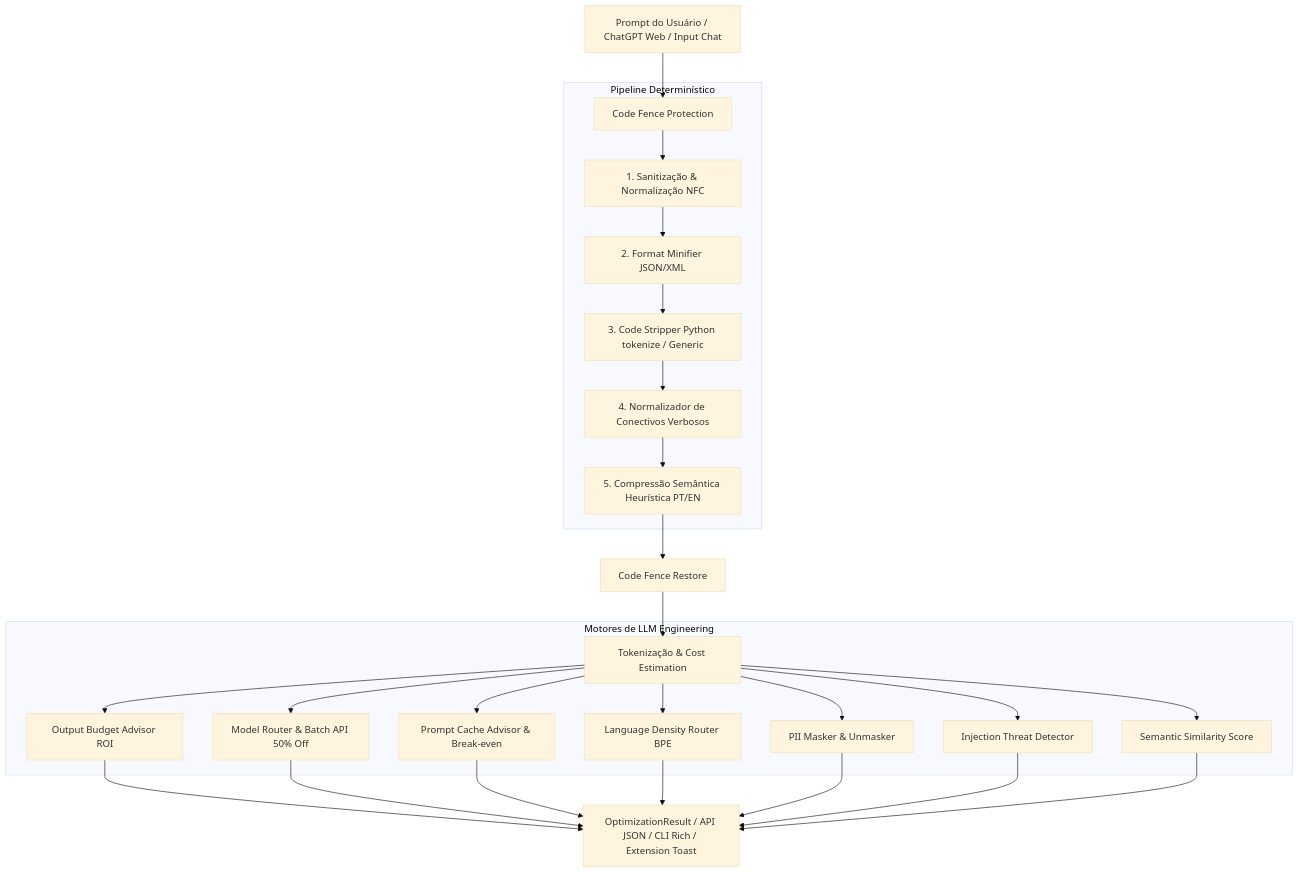
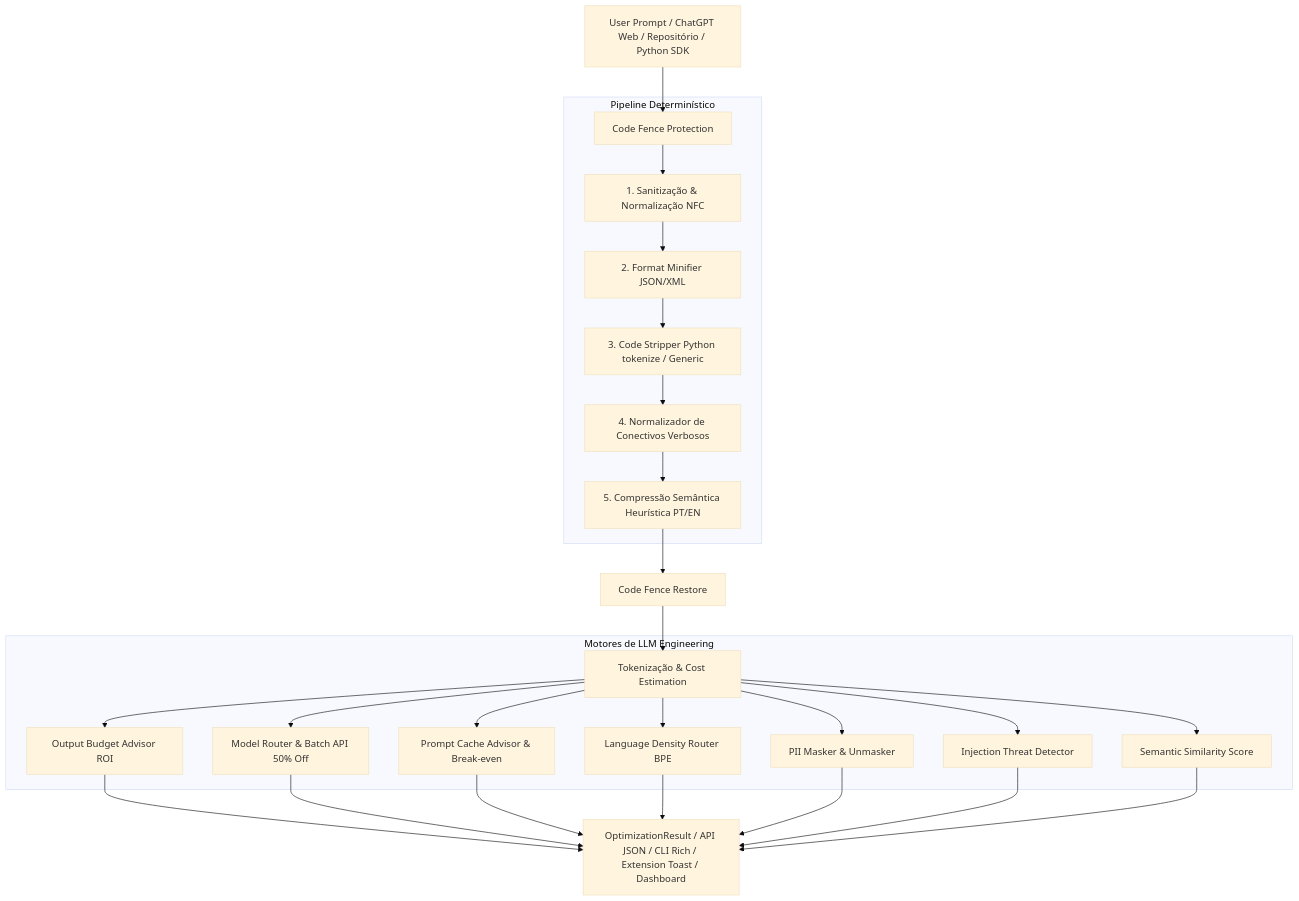
Before and after one commit to HeloisaPeGarcia/PromptShrink: the diagram in README.md, drawn with Mermaid (base theme). The commit also changed other lines of this file and 7 other files, not shown here.

Commit message:
feat: implement FastAPI interface and CLI tool for prompt and repository optimization

````diff
--- a/README.md
+++ b/README.md
@@ -43,27 +59,27 @@
 ```mermaid
 flowchart TD
-    A[Prompt do Usuário / ChatGPT Web / Input Chat] --> B[Code Fence Protection]
+    A[User Prompt / ChatGPT Web / Repositório / Python SDK] --> B[Code Fence Protection]
     
     subgraph Pipeline Determinístico
         B --> C[1. Sanitização & Normalização NFC]
         C --> D[2. Format Minifier JSON/XML]
         D --> E[3. Code Stripper Python tokenize / Generic]
         E --> F[4. Normalizador de Conectivos Verbosos]
         F --> G[5. Compressão Semântica Heurística PT/EN]
     end
     
     G --> H[Code Fence Restore]
     H --> I[Tokenização & Cost Estimation]
     
     subgraph Motores de LLM Engineering
         I --> J1[Output Budget Advisor ROI]
         I --> J2[Model Router & Batch API 50% Off]
         I --> J3[Prompt Cache Advisor & Break-even]
         I --> J4[Language Density Router BPE]
         I --> J5[PII Masker & Unmasker]
         I --> J6[Injection Threat Detector]
         I --> J7[Semantic Similarity Score]
     end
 
-    J1 & J2 & J3 & J4 & J5 & J6 & J7 --> K[OptimizationResult / API JSON / CLI Rich / Extension Toast]
+    J1 & J2 & J3 & J4 & J5 & J6 & J7 --> K[OptimizationResult / API JSON / CLI Rich / Extension Toast / Dashboard]
 ```
````
